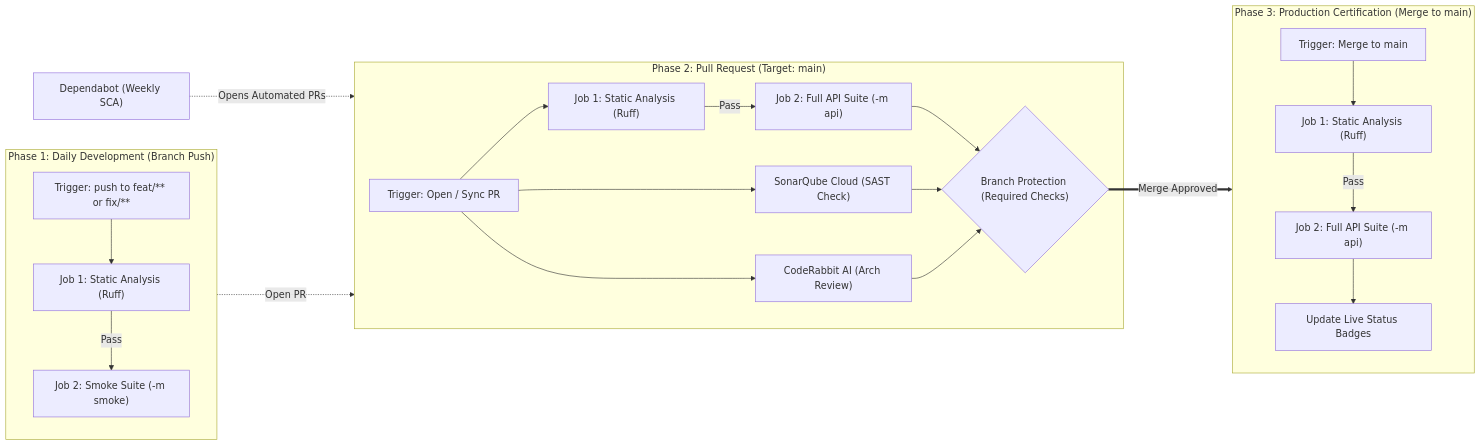
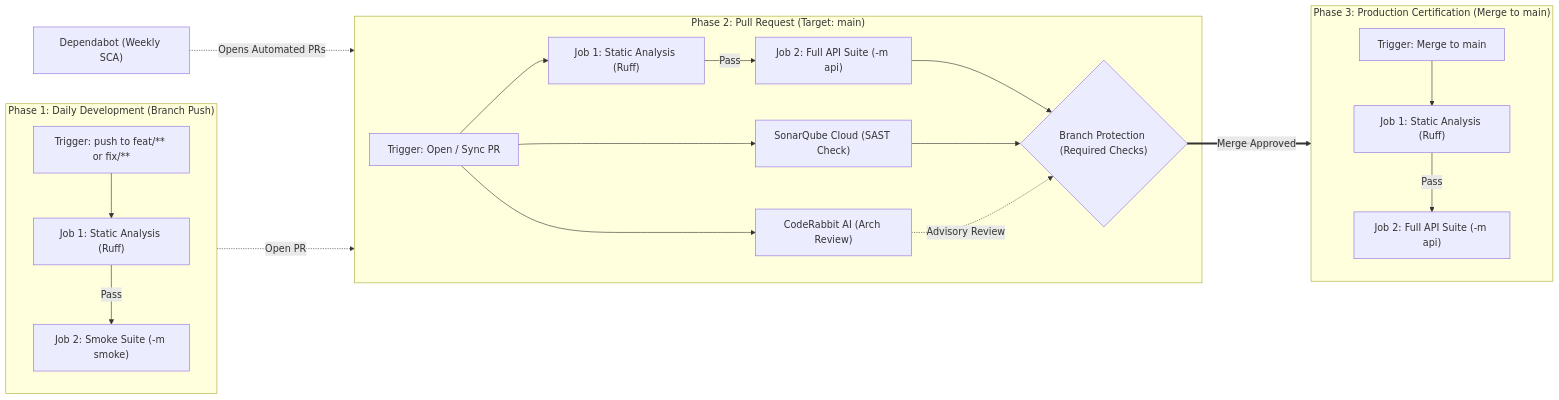
The third of 3 diagrams in README.md (rwarthon/selenium-python-framework), drawn with Mermaid before and after one commit. The commit also changed other lines of this file, not shown here.

Commit message:
docs(readme): align CI governance diagram, Ruff default scope, and Windows setup steps

````diff
--- a/README.md
+++ b/README.md
@@ -105,25 +105,25 @@
 ```mermaid
 graph LR
     subgraph Phase_1 ["Phase 1: Daily Development (Branch Push)"]
         P1_Trig["Trigger: push to feat/** or fix/**"] --> P1_J1["Job 1: Static Analysis (Ruff)"]
         P1_J1 -->|Pass| P1_J2["Job 2: Smoke Suite (-m smoke)"]
     end
 
     subgraph Phase_2 ["Phase 2: Pull Request (Target: main)"]
         P2_Trig["Trigger: Open / Sync PR"] --> P2_J1["Job 1: Static Analysis (Ruff)"]
         P2_J1 -->|Pass| P2_J2["Job 2: Full API Suite (-m api)"]
         P2_Trig --> P2_Sonar["SonarQube Cloud (SAST Check)"]
         P2_Trig --> P2_CR["CodeRabbit AI (Arch Review)"]
-        P2_J2 & P2_Sonar & P2_CR --> P2_Lock{"Branch Protection (Required Checks)"}
+        P2_J2 & P2_Sonar --> P2_Lock{"Branch Protection (Required Checks)"}
+        P2_CR -.->|Advisory Review| P2_Lock
     end
 
     subgraph Phase_3 ["Phase 3: Production Certification (Merge to main)"]
         P3_Trig["Trigger: Merge to main"] --> P3_J1["Job 1: Static Analysis (Ruff)"]
         P3_J1 -->|Pass| P3_J2["Job 2: Full API Suite (-m api)"]
-        P3_J2 --> P3_Badge["Update Live Status Badges"]
     end
 
     DEP["Dependabot (Weekly SCA)"] -.->|Opens Automated PRs| Phase_2
     Phase_1 -.->|Open PR| Phase_2
     P2_Lock ==>|Merge Approved| Phase_3
 ```
````
